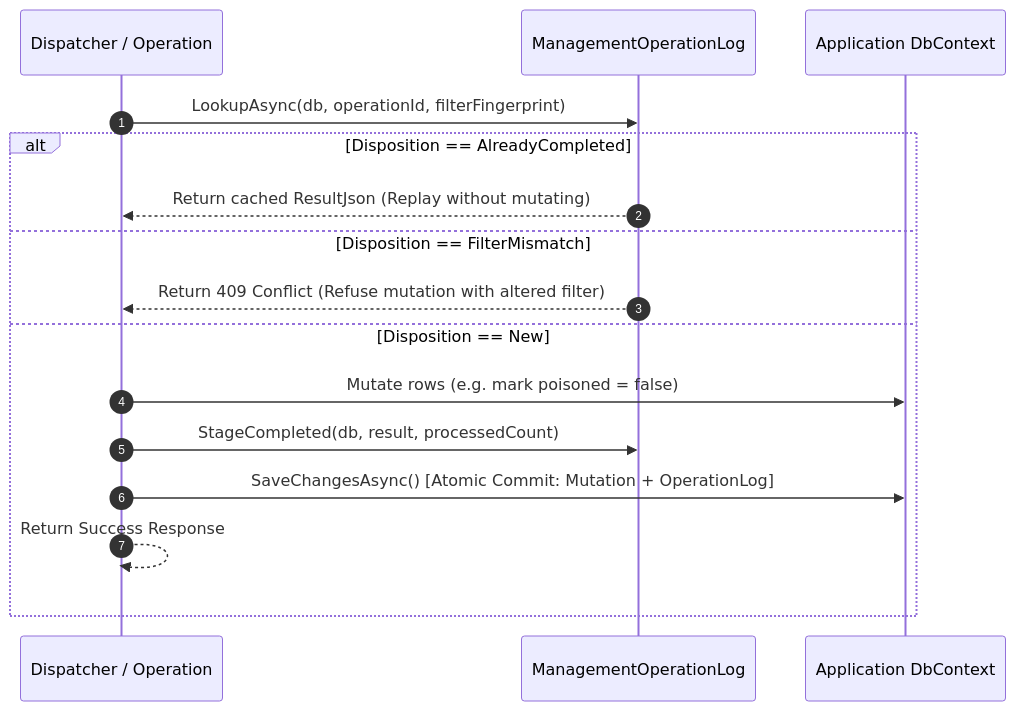
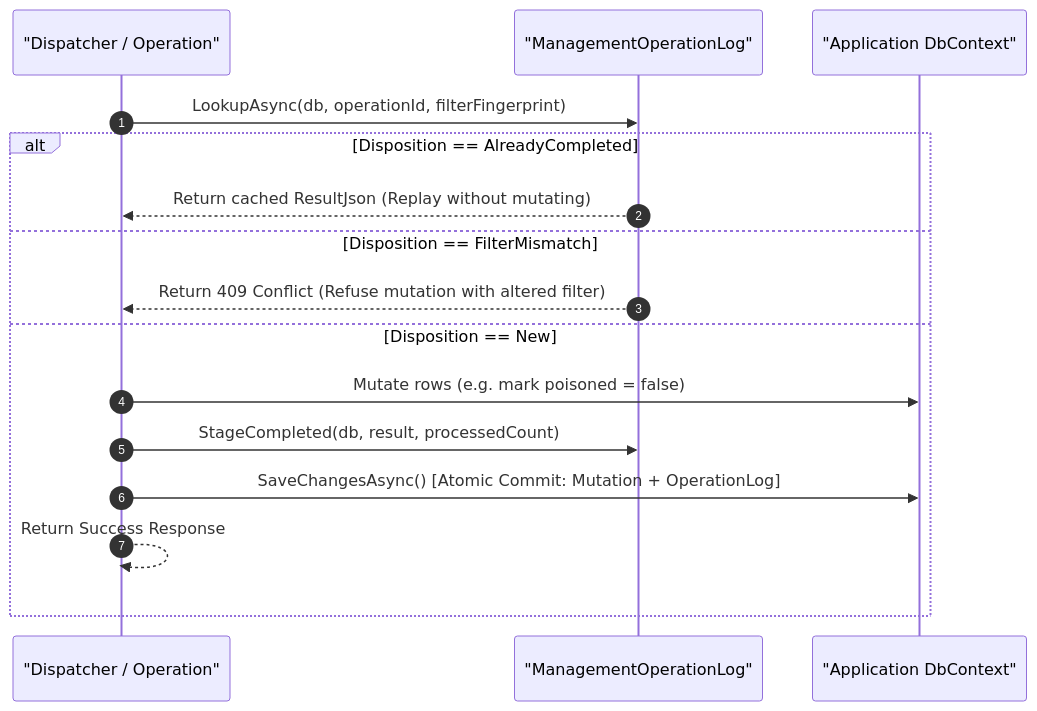
One commit to saithis/Ratatoskr changed the fifth of 7 diagrams in docs/management-architecture.md. Above: the diagram before and after it, drawn with Mermaid. The commit also changed other lines of this file and 2 other files, not shown here.

````diff
--- a/docs/management-architecture.md
+++ b/docs/management-architecture.md
@@ -222,19 +229,19 @@
 ```mermaid
 sequenceDiagram
     autonumber
-    participant Disp as Dispatcher / Operation
-    participant Log as ManagementOperationLog
-    participant Db as Application DbContext
+    participant Disp as "Dispatcher / Operation"
+    participant Log as "ManagementOperationLog"
+    participant Db as "Application DbContext"
 
     Disp->>Log: LookupAsync(db, operationId, filterFingerprint)
     alt Disposition == AlreadyCompleted
         Log-->>Disp: Return cached ResultJson (Replay without mutating)
     else Disposition == FilterMismatch
         Log-->>Disp: Return 409 Conflict (Refuse mutation with altered filter)
     else Disposition == New
         Disp->>Db: Mutate rows (e.g. mark poisoned = false)
         Disp->>Log: StageCompleted(db, result, processedCount)
         Disp->>Db: SaveChangesAsync() [Atomic Commit: Mutation + OperationLog]
         Disp-->>Disp: Return Success Response
     end
 ```
````
